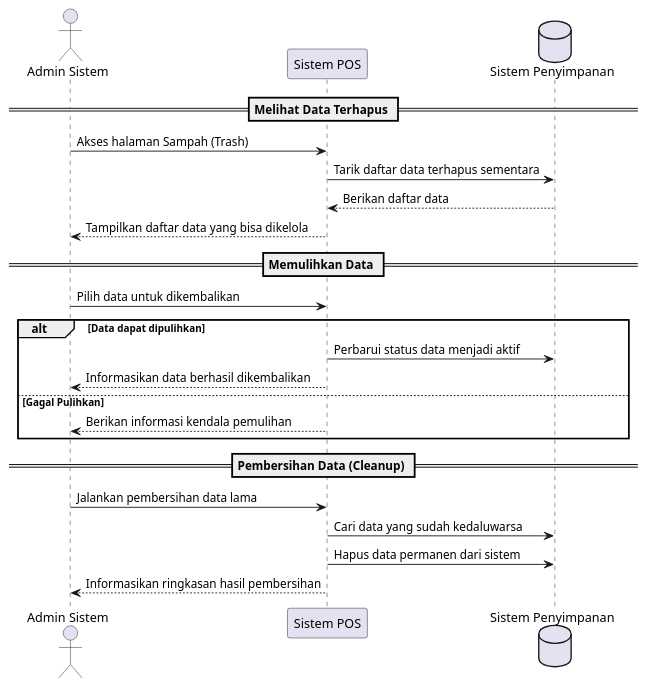
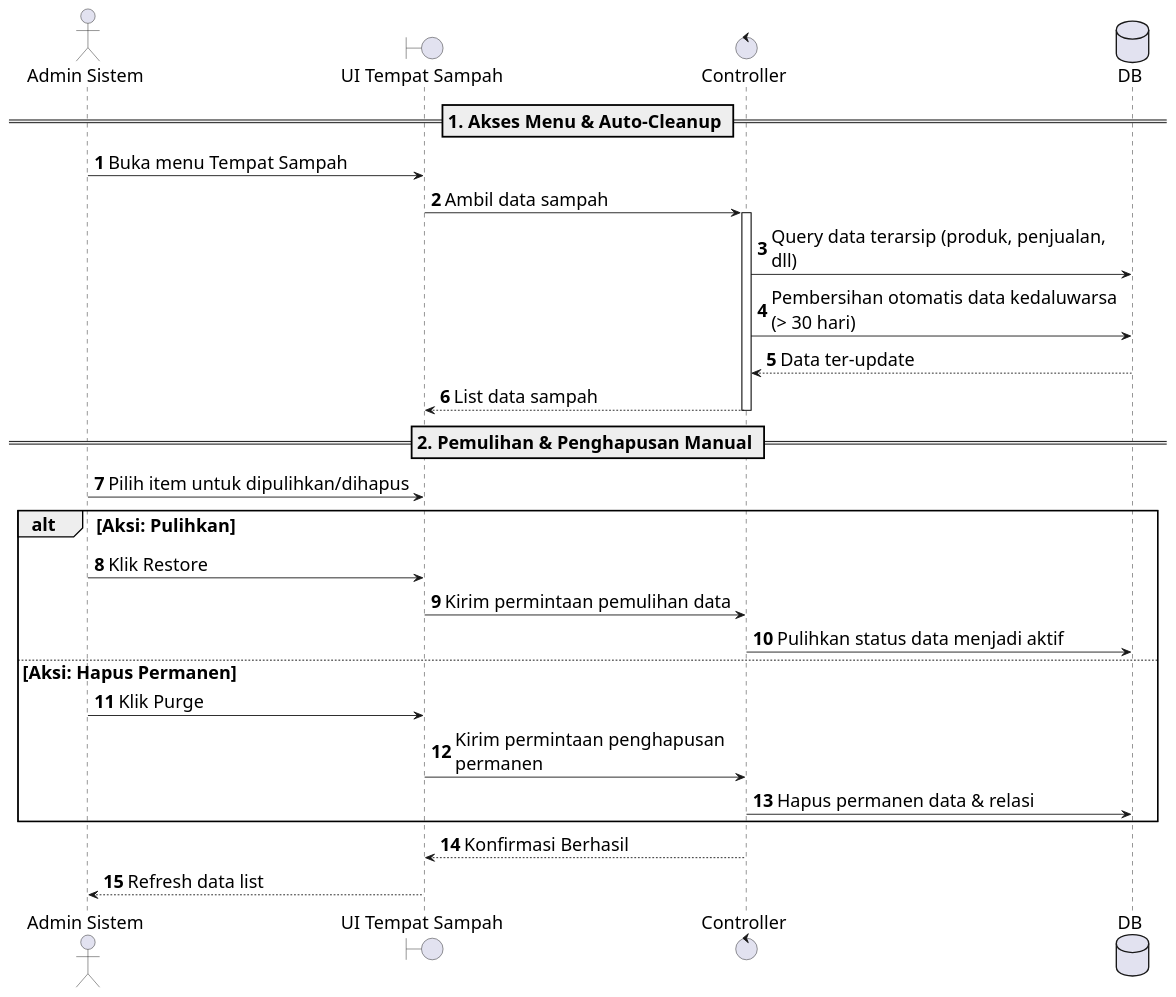
The diagram in docs/uml-sequence-trash.puml (Aditiarzky/pos-app), drawn with PlantUML before and after one commit. The commit also changed 75 other files, not shown here.

```diff
--- a/docs/uml-sequence-trash.puml
+++ b/docs/uml-sequence-trash.puml
@@ -1,26 +1,38 @@
 @startuml
+autonumber
+
+skinparam BoxPadding 10
+skinparam ParticipantPadding 10
+skinparam defaultFontSize 20
+skinparam maxMessageSize 400
+
 actor "Admin Sistem" as Admin
-participant "Sistem POS" as App
-database "Sistem Penyimpanan" as DB
+boundary "UI Tempat Sampah" as UI
+control "Controller" as Controller
+database "DB" as DB
 
-== Melihat Data Terhapus ==
-Admin -> App: Akses halaman Sampah (Trash)
-App -> DB: Tarik daftar data terhapus sementara
-DB --> App: Berikan daftar data
-App --> Admin: Tampilkan daftar data yang bisa dikelola
+== 1. Akses Menu & Auto-Cleanup ==
+Admin -> UI : Buka menu Tempat Sampah
+UI -> Controller : Ambil data sampah
+activate Controller
+Controller -> DB : Query data terarsip (produk, penjualan, dll)
+Controller -> DB : Pembersihan otomatis data kedaluwarsa (> 30 hari)
+DB --> Controller : Data ter-update
+Controller --> UI : List data sampah
+deactivate Controller
 
-== Memulihkan Data ==
-Admin -> App: Pilih data untuk dikembalikan
-alt Data dapat dipulihkan
-  App -> DB: Perbarui status data menjadi aktif
-  App --> Admin: Informasikan data berhasil dikembalikan
-else Gagal Pulihkan
-  App --> Admin: Berikan informasi kendala pemulihan
+== 2. Pemulihan & Penghapusan Manual ==
+Admin -> UI : Pilih item untuk dipulihkan/dihapus
+alt Aksi: Pulihkan
+    Admin -> UI : Klik Restore
+    UI -> Controller : Kirim permintaan pemulihan data
+    Controller -> DB : Pulihkan status data menjadi aktif
+else Aksi: Hapus Permanen
+    Admin -> UI : Klik Purge
+    UI -> Controller : Kirim permintaan penghapusan permanen
+    Controller -> DB : Hapus permanen data & relasi
 end
 
-== Pembersihan Data (Cleanup) ==
-Admin -> App: Jalankan pembersihan data lama
-App -> DB: Cari data yang sudah kedaluwarsa
-App -> DB: Hapus data permanen dari sistem
-App --> Admin: Informasikan ringkasan hasil pembersihan
+Controller --> UI : Konfirmasi Berhasil
+UI --> Admin : Refresh data list
 @enduml
```
